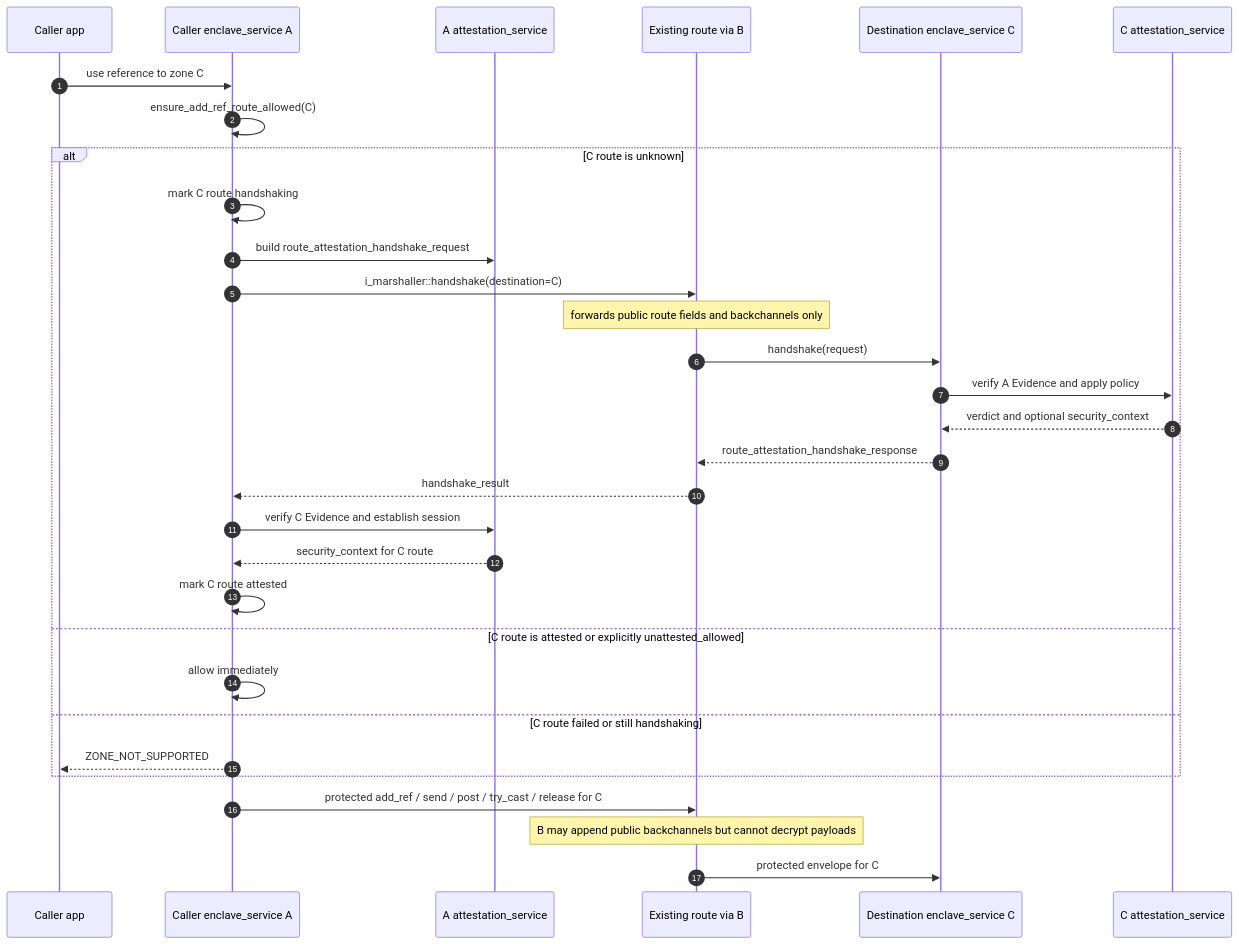
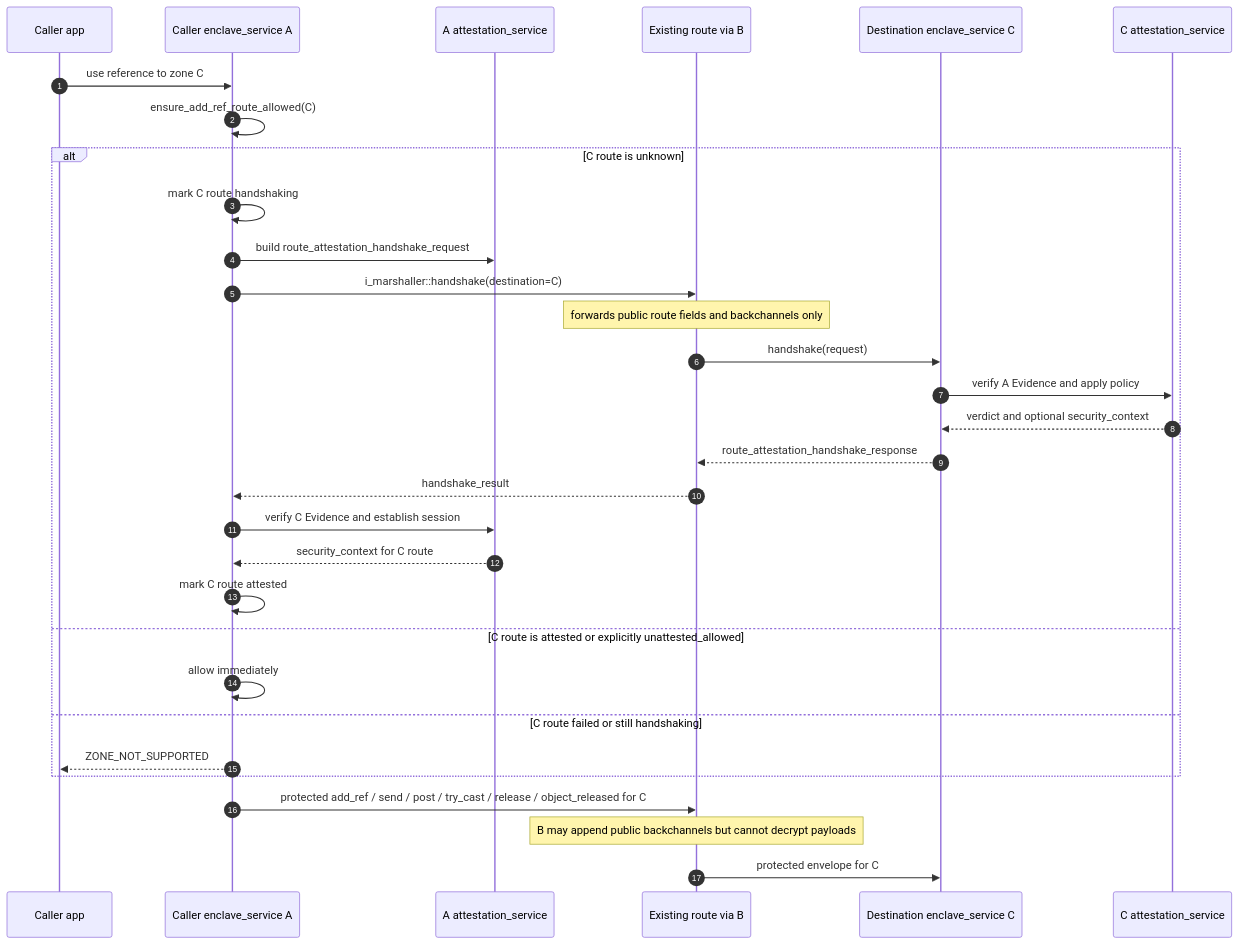
Before and after one commit to edwardbr/Canopy: the fourth of 5 diagrams in documents/security/attestation/overview.md, drawn with Mermaid. The commit also changed other lines of this file and 13 other files, not shown here.

Commit message:
transport_down and object_released are now protected

````diff
--- a/documents/security/attestation/overview.md
+++ b/documents/security/attestation/overview.md
@@ -326,35 +329,35 @@
 ```mermaid
 sequenceDiagram
     autonumber
     participant AppA as Caller app
     participant ServiceA as Caller enclave_service A
     participant AttA as A attestation_service
     participant RouteB as Existing route via B
     participant ServiceC as Destination enclave_service C
     participant AttC as C attestation_service
 
     AppA->>ServiceA: use reference to zone C
     ServiceA->>ServiceA: ensure_add_ref_route_allowed(C)
     alt C route is unknown
         ServiceA->>ServiceA: mark C route handshaking
         ServiceA->>AttA: build route_attestation_handshake_request
         ServiceA->>RouteB: i_marshaller::handshake(destination=C)
         Note over RouteB: forwards public route fields and backchannels only
         RouteB->>ServiceC: handshake(request)
         ServiceC->>AttC: verify A Evidence and apply policy
         AttC-->>ServiceC: verdict and optional security_context
         ServiceC-->>RouteB: route_attestation_handshake_response
         RouteB-->>ServiceA: handshake_result
         ServiceA->>AttA: verify C Evidence and establish session
         AttA-->>ServiceA: security_context for C route
         ServiceA->>ServiceA: mark C route attested
     else C route is attested or explicitly unattested_allowed
         ServiceA->>ServiceA: allow immediately
     else C route failed or still handshaking
         ServiceA-->>AppA: ZONE_NOT_SUPPORTED
     end
 
-    ServiceA->>RouteB: protected add_ref / send / post / try_cast / release for C
+    ServiceA->>RouteB: protected add_ref / send / post / try_cast / release / object_released for C
     Note over RouteB: B may append public backchannels but cannot decrypt payloads
     RouteB->>ServiceC: protected envelope for C
 ```
````
